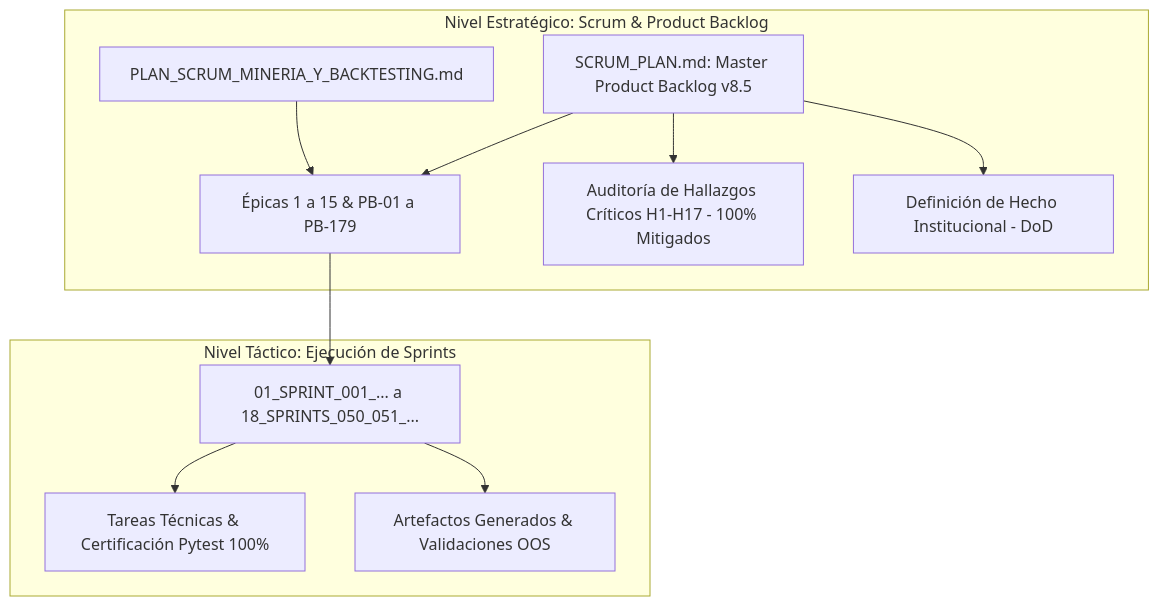
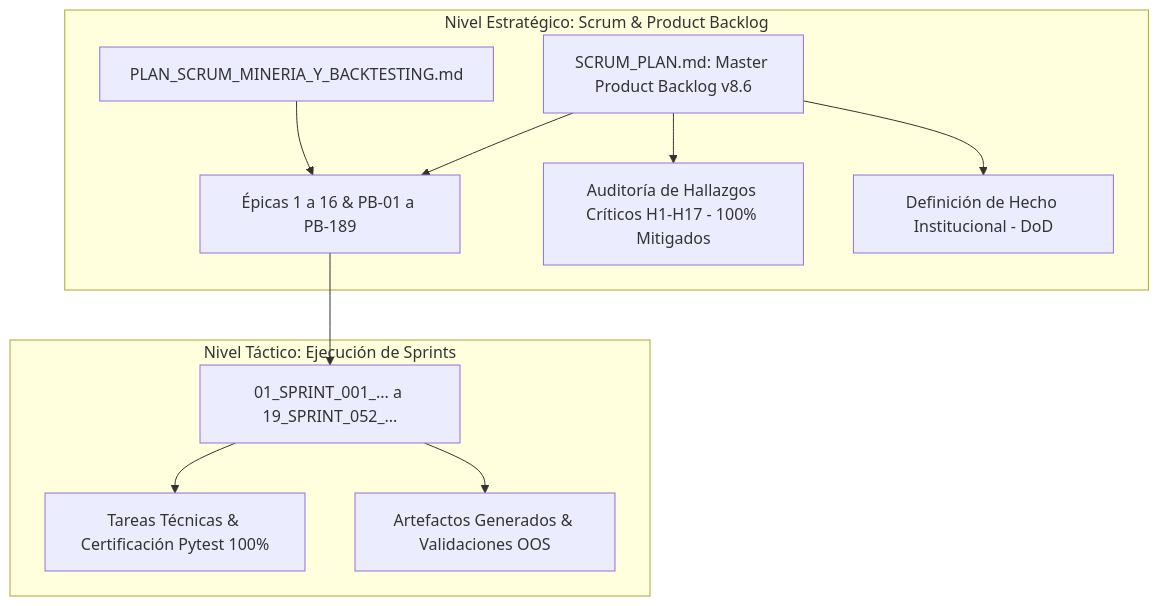
The diagram in docs/history/scrum/README.md (kalebCard/MemeHunter), drawn with Mermaid before and after one commit. The commit also changed other lines of this file and 10 other files, not shown here.

````diff
--- a/docs/history/scrum/README.md
+++ b/docs/history/scrum/README.md
@@ -26,15 +26,15 @@
 ```mermaid
 graph TD
     subgraph docs/history/scrum/ [Nivel Estratégico: Scrum & Product Backlog]
-        A[SCRUM_PLAN.md: Master Product Backlog v8.5] --> B[Épicas 1 a 15 & PB-01 a PB-179]
+        A[SCRUM_PLAN.md: Master Product Backlog v8.6] --> B[Épicas 1 a 16 & PB-01 a PB-189]
         A --> C[Auditoría de Hallazgos Críticos H1-H17 - 100% Mitigados]
         A --> D[Definición de Hecho Institucional - DoD]
         E[PLAN_SCRUM_MINERIA_Y_BACKTESTING.md] --> B
     end
 
     subgraph docs/history/sprints/ [Nivel Táctico: Ejecución de Sprints]
-        B --> F[01_SPRINT_001_... a 18_SPRINTS_050_051_...]
+        B --> F[01_SPRINT_001_... a 19_SPRINT_052_...]
         F --> G[Tareas Técnicas & Certificación Pytest 100%]
         F --> H[Artefactos Generados & Validaciones OOS]
     end
 ```
````
